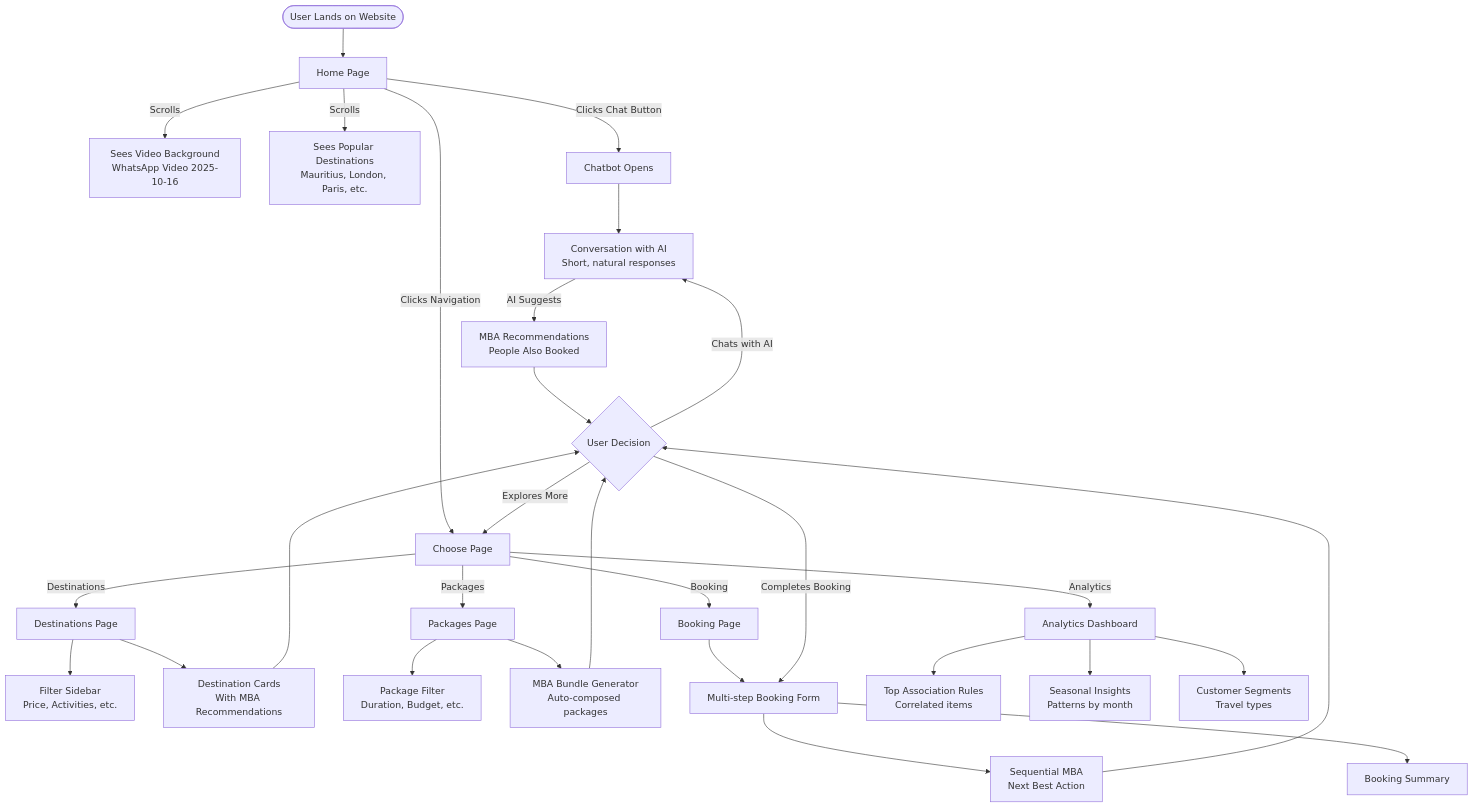
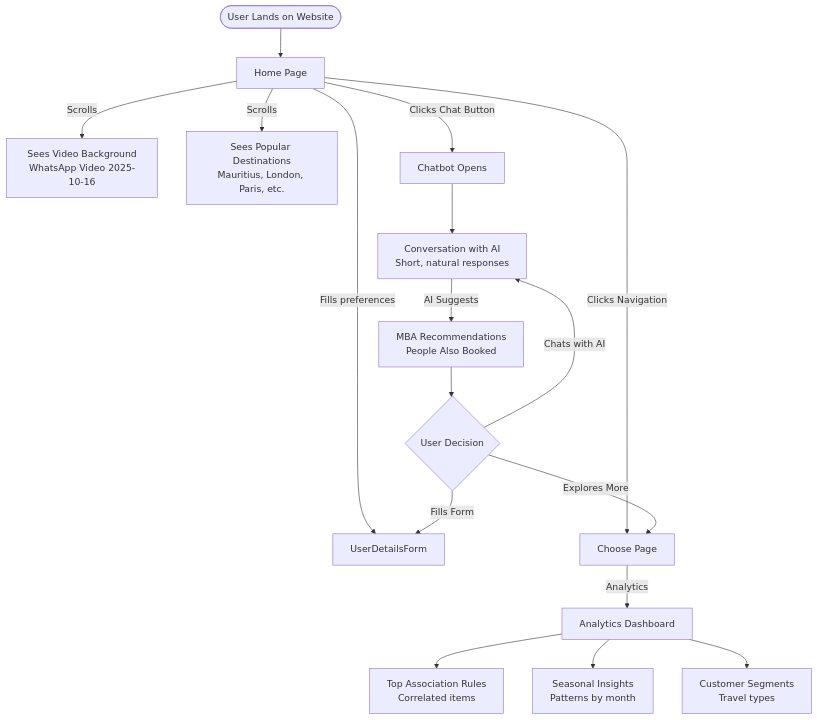
The fourth of 5 diagrams in docs/flowcharts.md (Akul0105/TRAVEL-PLANNER-APP), drawn with Mermaid before and after one commit. The commit also changed other lines of this file and 40 other files, not shown here.

````diff
--- a/docs/flowcharts.md
+++ b/docs/flowcharts.md
@@ -141,40 +134,25 @@
 ```mermaid
 flowchart TD
     START([User Lands on Website]) --> HOME[Home Page]
     
     HOME --> |Scrolls| VIDEO[Sees Video Background<br/>WhatsApp Video 2025-10-16]
     HOME --> |Scrolls| DEST_CARDS[Sees Popular Destinations<br/>Mauritius, London, Paris, etc.]
+    HOME --> |Fills preferences| FORM[UserDetailsForm]
     
     HOME --> |Clicks Chat Button| CHAT_OPEN[Chatbot Opens]
     CHAT_OPEN --> CHAT_CONV[Conversation with AI<br/>Short, natural responses]
     CHAT_CONV --> |AI Suggests| MBA_TIPS[MBA Recommendations<br/>People Also Booked]
     
     HOME --> |Clicks Navigation| NAV[Choose Page]
     
-    NAV --> |Destinations| DEST_PAGE[Destinations Page]
-    DEST_PAGE --> FILTER[Filter Sidebar<br/>Price, Activities, etc.]
-    DEST_PAGE --> DEST_GRID[Destination Cards<br/>With MBA Recommendations]
-    
-    NAV --> |Packages| PACK_PAGE[Packages Page]
-    PACK_PAGE --> PACK_FILTER[Package Filter<br/>Duration, Budget, etc.]
-    PACK_PAGE --> BUNDLE_SHOW[MBA Bundle Generator<br/>Auto-composed packages]
-    
-    NAV --> |Booking| BOOK_PAGE[Booking Page]
-    BOOK_PAGE --> BOOK_FORM[Multi-step Booking Form]
-    BOOK_FORM --> SEQ_SUGGEST[Sequential MBA<br/>Next Best Action]
-    BOOK_FORM --> BOOK_SUMMARY[Booking Summary]
-    
     NAV --> |Analytics| ANALYTICS_PAGE[Analytics Dashboard]
     ANALYTICS_PAGE --> TOP_RULES[Top Association Rules<br/>Correlated items]
     ANALYTICS_PAGE --> SEASONAL_VIEW[Seasonal Insights<br/>Patterns by month]
     ANALYTICS_PAGE --> SEGMENTS_VIEW[Customer Segments<br/>Travel types]
     
     MBA_TIPS --> USER_DECISION{User Decision}
-    DEST_GRID --> USER_DECISION
-    BUNDLE_SHOW --> USER_DECISION
-    SEQ_SUGGEST --> USER_DECISION
     
     USER_DECISION --> |Explores More| NAV
     USER_DECISION --> |Chats with AI| CHAT_CONV
-    USER_DECISION --> |Completes Booking| BOOK_FORM
+    USER_DECISION --> |Fills Form| FORM
 ```
````
